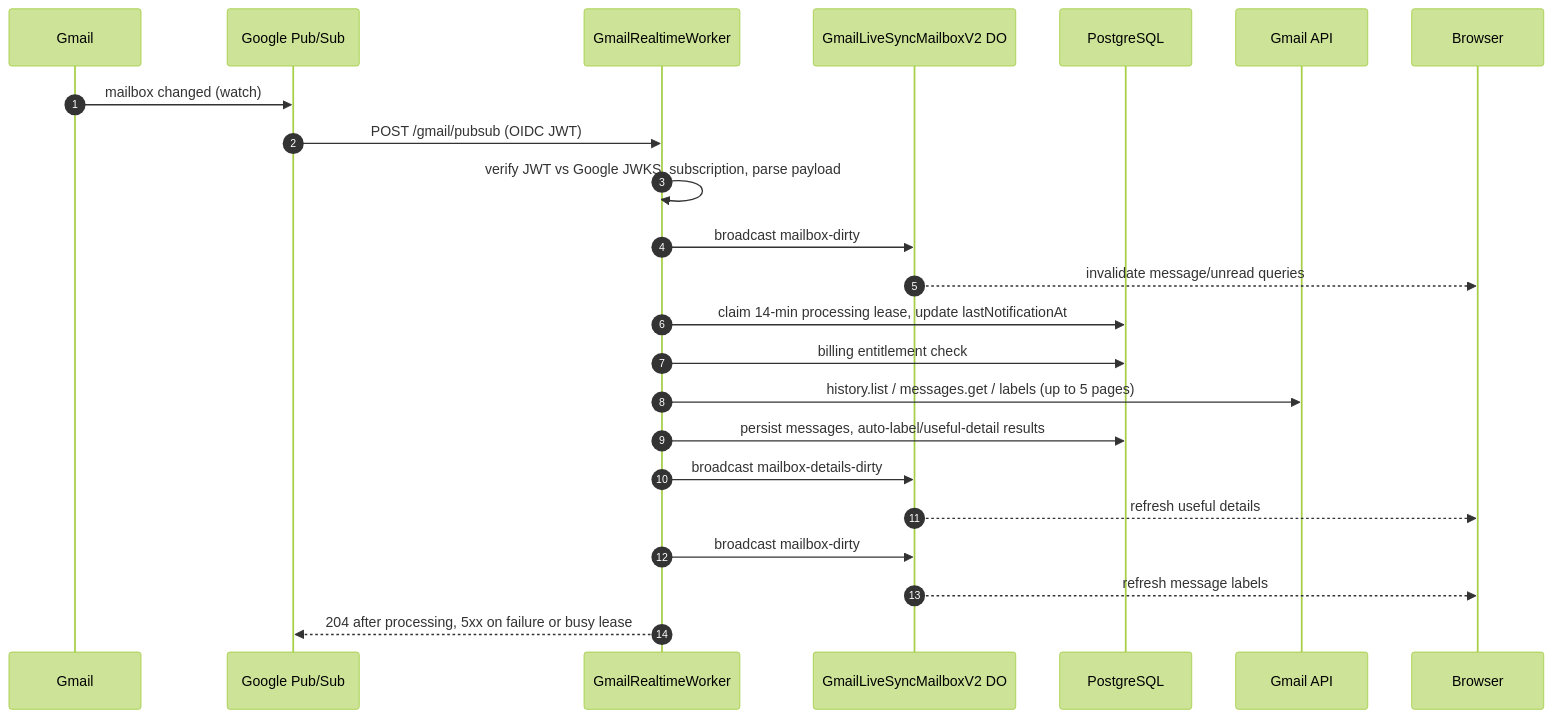
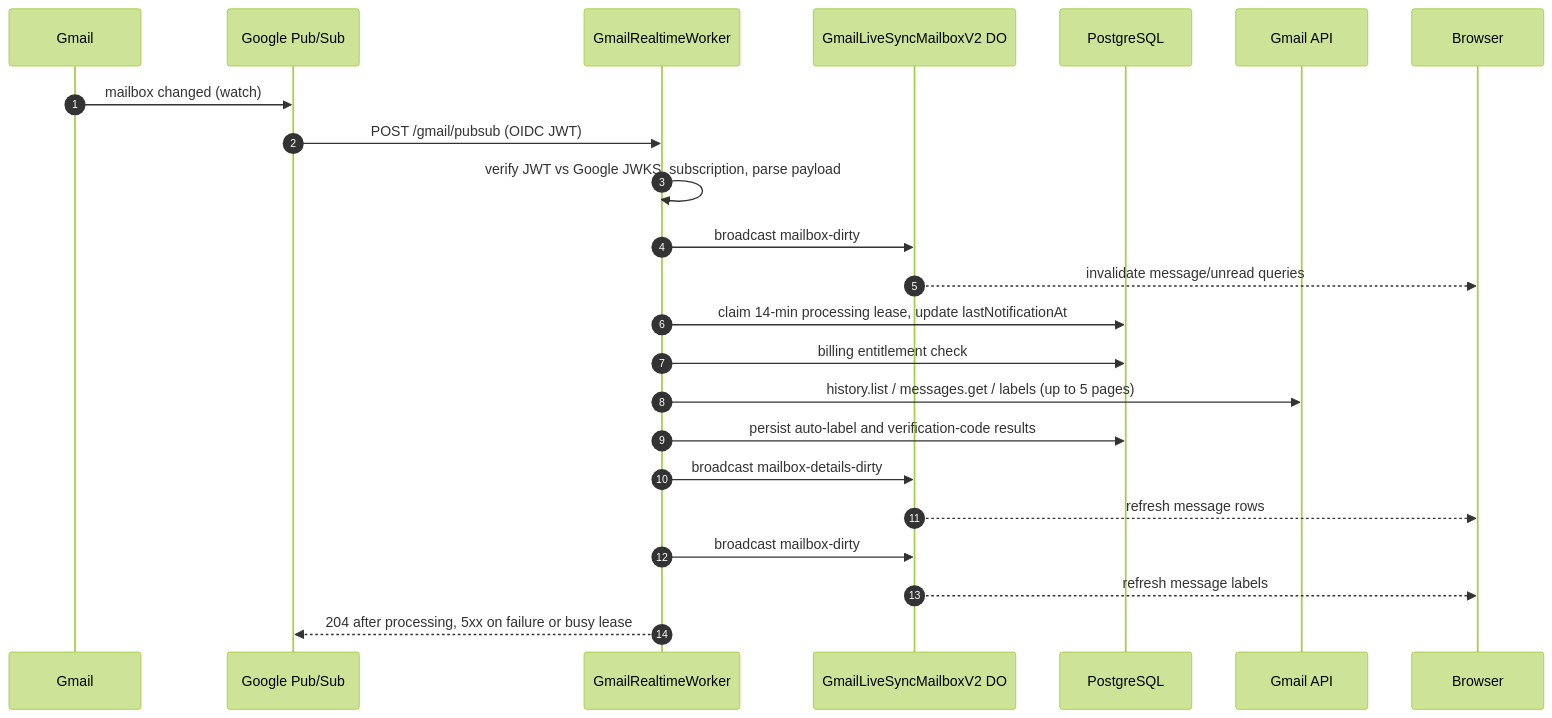
The second of 6 diagrams in docs/infrastructure-map.md (quieter-email/quieter), drawn with Mermaid (forest theme) before and after one commit. The commit also changed other lines of this file and 95 other files, not shown here.

````diff
--- a/docs/infrastructure-map.md
+++ b/docs/infrastructure-map.md
@@ -163,26 +154,26 @@
 ```mermaid
 sequenceDiagram
     autonumber
     participant G as Gmail
     participant P as Google Pub/Sub
     participant W as GmailRealtimeWorker
     participant D as GmailLiveSyncMailboxV2 DO
     participant DB as PostgreSQL
     participant A as Gmail API
     participant B as Browser
 
     G->>P: mailbox changed (watch)
     P->>W: POST /gmail/pubsub (OIDC JWT)
     W->>W: verify JWT vs Google JWKS, subscription, parse payload
     W->>D: broadcast mailbox-dirty
     D-->>B: invalidate message/unread queries
     W->>DB: claim 14-min processing lease, update lastNotificationAt
     W->>DB: billing entitlement check
     W->>A: history.list / messages.get / labels (up to 5 pages)
-    W->>DB: persist messages, auto-label/useful-detail results
+    W->>DB: persist auto-label and verification-code results
     W->>D: broadcast mailbox-details-dirty
-    D-->>B: refresh useful details
+    D-->>B: refresh message rows
     W->>D: broadcast mailbox-dirty
     D-->>B: refresh message labels
     W-->>P: 204 after processing, 5xx on failure or busy lease
 ```
````
